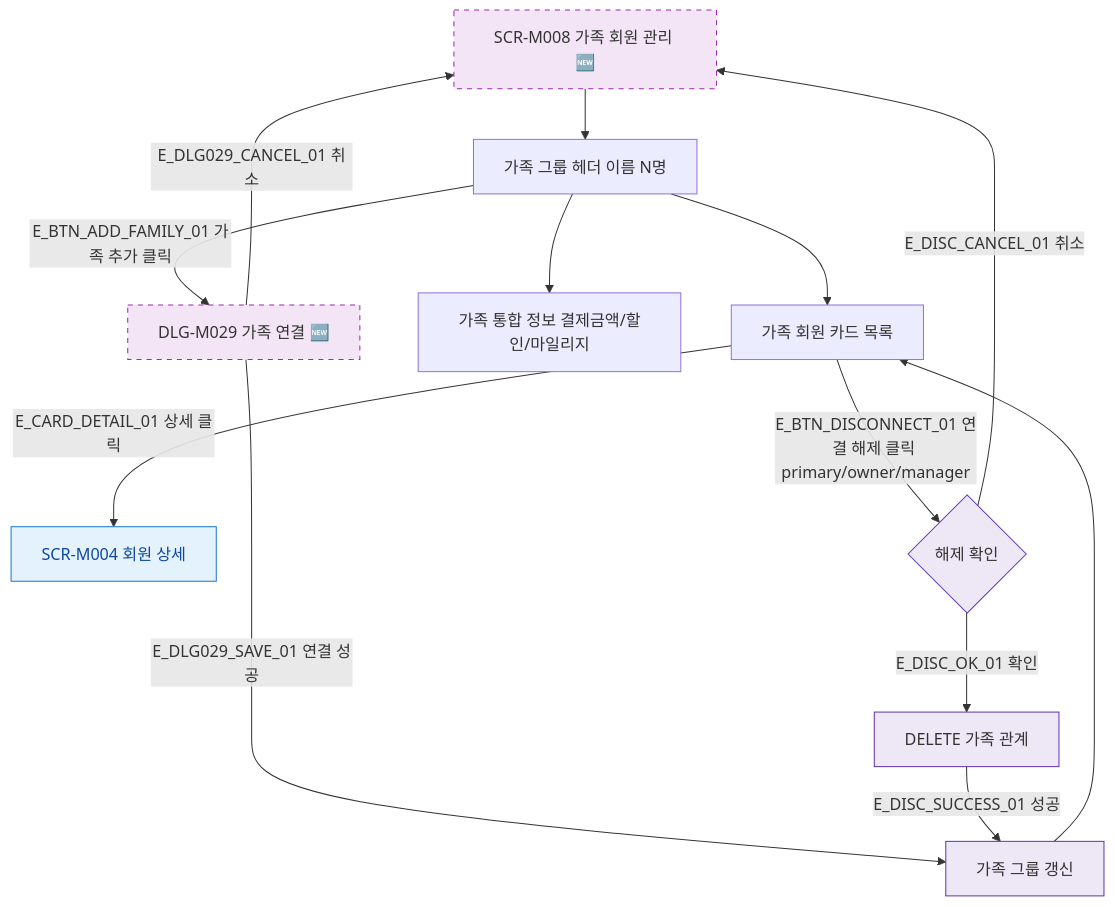
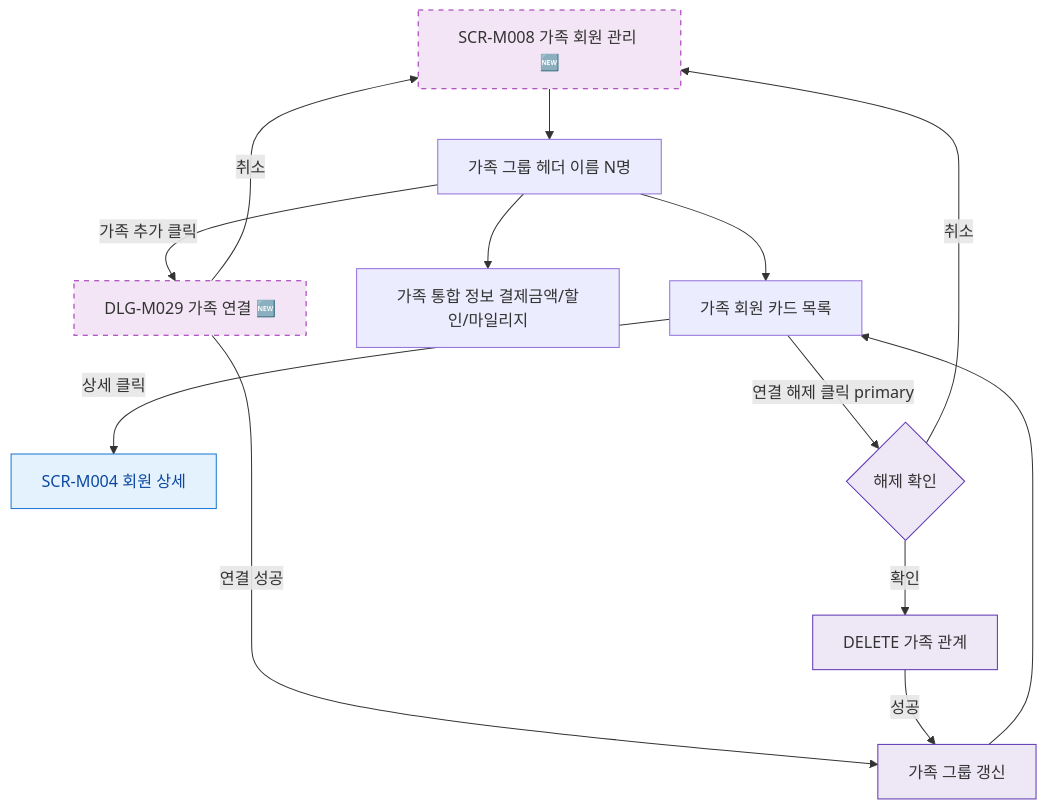
One commit to dev-spogym/admin-pando changed the diagram in docs/다이어그램/D02_회원관리/SCR-M008_가족회원/F2_메인인터랙션.md. Above: the diagram before and after it, drawn with Mermaid. The commit also changed other lines of this file and 1660 other files, not shown here.

First line of the commit message:
다이어그램: 기획자/클라이언트 납품본으로 정리

````diff
--- a/docs/다이어그램/D02_회원관리/SCR-M008_가족회원/F2_메인인터랙션.md
+++ b/docs/다이어그램/D02_회원관리/SCR-M008_가족회원/F2_메인인터랙션.md
@@ -22,29 +20,29 @@
 ```mermaid
 flowchart TD
   SCR_M008[SCR-M008 가족 회원 관리 🆕]
 
   SCR_M008 --> GROUP_HEADER[가족 그룹 헤더 이름 N명]
   GROUP_HEADER --> FAMILY_CARDS[가족 회원 카드 목록]
   GROUP_HEADER --> SUMMARY[가족 통합 정보 결제금액/할인/마일리지]
 
-  FAMILY_CARDS -->|E_CARD_DETAIL_01 상세 클릭| SCR_M004[SCR-M004 회원 상세]
+  FAMILY_CARDS -->|상세 클릭|SCR_M004[SCR-M004 회원 상세]
 
-  GROUP_HEADER -->|E_BTN_ADD_FAMILY_01 가족 추가 클릭| DLG_M029[DLG-M029 가족 연결 🆕]
+  GROUP_HEADER -->|가족 추가 클릭|DLG_M029[DLG-M029 가족 연결 🆕]
 
-  DLG_M029 -->|E_DLG029_CANCEL_01 취소| SCR_M008
-  DLG_M029 -->|E_DLG029_SAVE_01 연결 성공| REFRESH[가족 그룹 갱신]
+  DLG_M029 -->|취소|SCR_M008
+  DLG_M029 -->|연결 성공|REFRESH[가족 그룹 갱신]
   REFRESH --> FAMILY_CARDS
 
-  FAMILY_CARDS -->|E_BTN_DISCONNECT_01 연결 해제 클릭 primary/owner/manager| CONFIRM_DISC{해제 확인}
-  CONFIRM_DISC -->|E_DISC_OK_01 확인| API_DISCONNECT[DELETE 가족 관계]
-  CONFIRM_DISC -->|E_DISC_CANCEL_01 취소| SCR_M008
-  API_DISCONNECT -->|E_DISC_SUCCESS_01 성공| REFRESH
+  FAMILY_CARDS -->|연결 해제 클릭 primary|CONFIRM_DISC{해제 확인}
+  CONFIRM_DISC -->|확인|API_DISCONNECT[DELETE 가족 관계]
+  CONFIRM_DISC -->|취소|SCR_M008
+  API_DISCONNECT -->|성공|REFRESH
 
-  classDef screen     fill:#E3F2FD,stroke:#1976D2,color:#0D47A1
+  classDef screen fill:#E3F2FD,stroke:#1976D2,color:#0D47A1
   classDef newFeature fill:#F3E5F5,stroke:#9C27B0,stroke-dasharray:5 5
-  classDef system     fill:#EDE7F6,stroke:#5E35B2
+  classDef system fill:#EDE7F6,stroke:#5E35B2
 
   class SCR_M004 screen
   class SCR_M008,DLG_M029 newFeature
   class CONFIRM_DISC,API_DISCONNECT,REFRESH system
 ```
````
